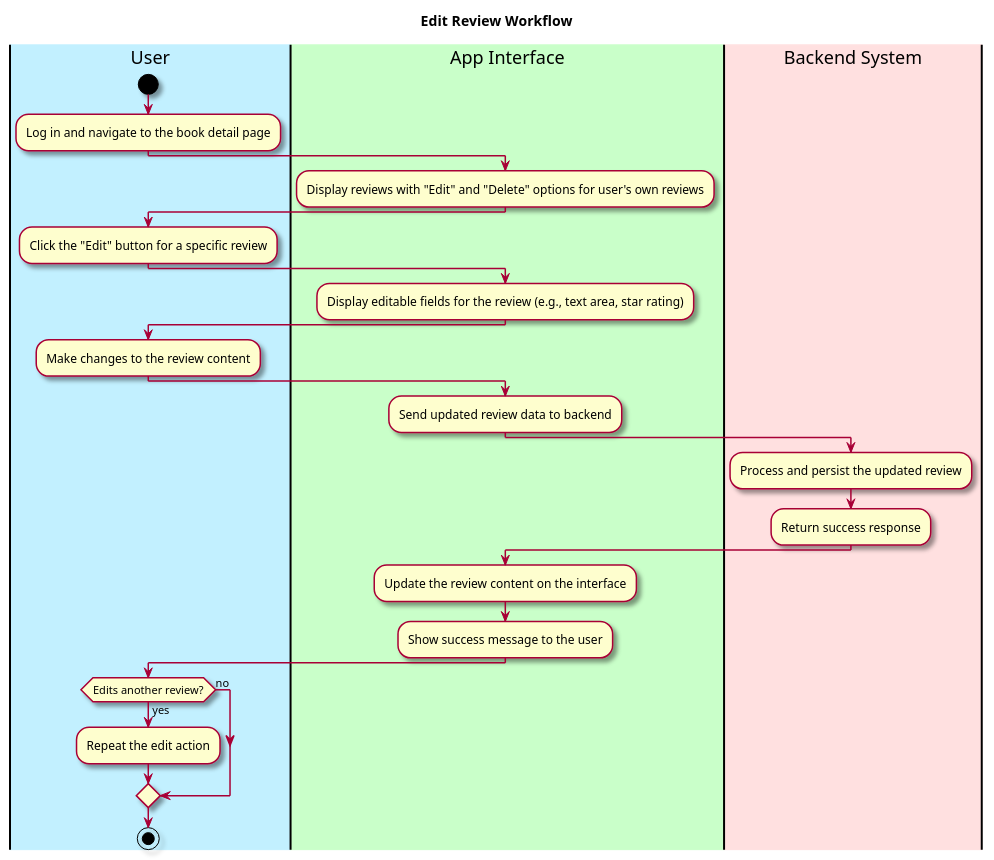
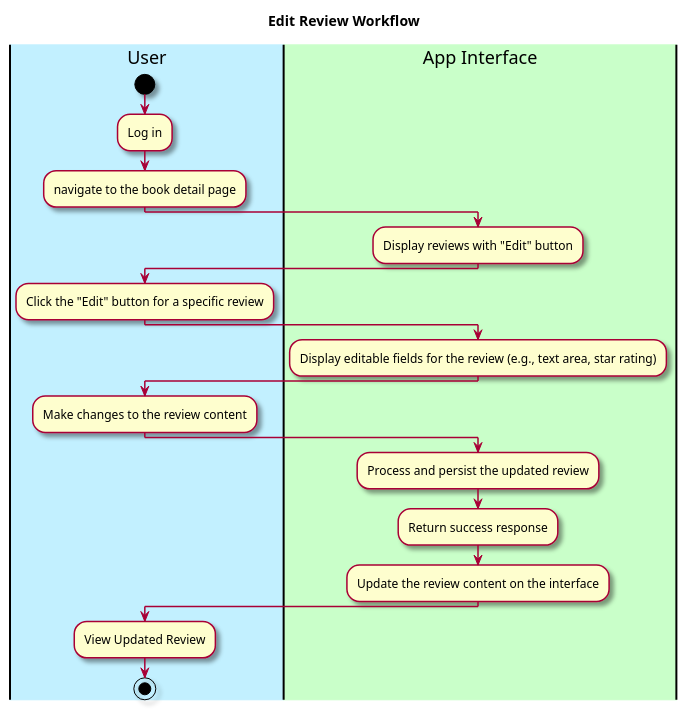
Before and after one commit to Khurshid03/team-2b: the first of 2 diagrams in intellij/doc/use-cases/manage-reviews.md, drawn with PlantUML. The commit also changed other lines of this file and 5 other files, not shown here.

Commit message:
Edit the use case diagrams for multiple use cases

````diff
--- a/intellij/doc/use-cases/manage-reviews.md
+++ b/intellij/doc/use-cases/manage-reviews.md
@@ -44,48 +44,41 @@
 ```plantuml
 @startuml
 
 skin rose
 
 title Edit Review Workflow
 
 |#application|User|
 |#technology|App Interface|
-|#Implementation|Backend System|
 
 |User|
 start
-:Log in and navigate to the book detail page;
+:Log in;
+:navigate to the book detail page;
 
 |App Interface|
-:Display reviews with "Edit" and "Delete" options for user's own reviews;
+:Display reviews with "Edit" button;
 
 |User|
 :Click the "Edit" button for a specific review;
 
 |App Interface|
 :Display editable fields for the review (e.g., text area, star rating);
 
 |User|
 :Make changes to the review content;
 
 |App Interface|
-:Send updated review data to backend;
-
-|Backend System|
 :Process and persist the updated review;
 :Return success response;
 
 |App Interface|
 :Update the review content on the interface;
-:Show success message to the user;
 
 |User|
-if (Edits another review?) then (yes)
-  :Repeat the edit action;
-else (no)
-endif
+:View Updated Review;
 
 stop
 
 @enduml
 ```
````
